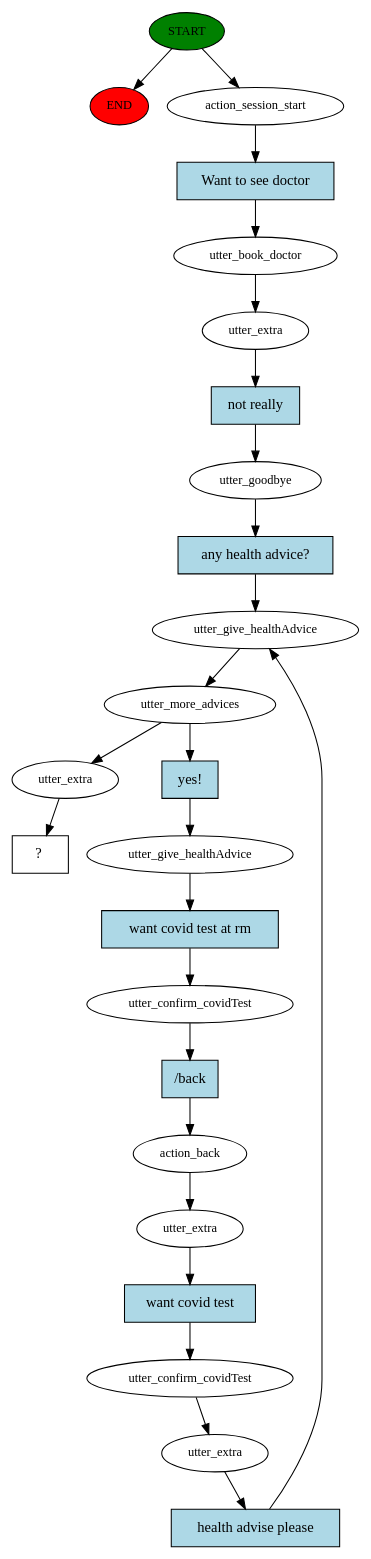
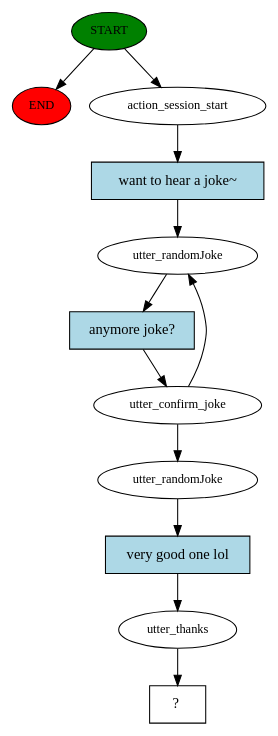
One commit to JJTam/COMP4461-Project2-Rasa-Chatbot changed the diagram in chatbot/story_graph.dot. Above: the diagram before and after it, drawn with Graphviz. The commit also changed 8 other files, not shown here.

```diff
--- a/chatbot/story_graph.dot
+++ b/chatbot/story_graph.dot
@@ -1,50 +1,24 @@
 digraph  {
 0 [class="start active", fillcolor=green, fontsize=12, label=START, style=filled];
 "-1" [class=end, fillcolor=red, fontsize=12, label=END, style=filled];
 1 [class=active, fontsize=12, label=action_session_start];
-2 [class=active, fontsize=12, label=utter_book_doctor];
-3 [class=active, fontsize=12, label=utter_extra];
-4 [class=active, fontsize=12, label=utter_goodbye];
-5 [class=active, fontsize=12, label=utter_give_healthAdvice];
-6 [class=active, fontsize=12, label=utter_more_advices];
-7 [class=active, fontsize=12, label=utter_give_healthAdvice];
-8 [class=active, fontsize=12, label=utter_confirm_covidTest];
-9 [class=active, fontsize=12, label=action_back];
-10 [class=active, fontsize=12, label=utter_extra];
-11 [class=active, fontsize=12, label=utter_confirm_covidTest];
-12 [class=active, fontsize=12, label=utter_extra];
-15 [class=active, fontsize=12, label=utter_extra];
-16 [class="intent dashed active", label="  ?  ", shape=rect];
-17 [class="intent active", fillcolor=lightblue, label="Want to see doctor", shape=rect, style=filled];
-18 [class="intent active", fillcolor=lightblue, label="not really", shape=rect, style=filled];
-19 [class="intent active", fillcolor=lightblue, label="any health advice?", shape=rect, style=filled];
-20 [class="intent active", fillcolor=lightblue, label="yes!", shape=rect, style=filled];
-21 [class="intent active", fillcolor=lightblue, label="want covid test at rm", shape=rect, style=filled];
-22 [class="intent active", fillcolor=lightblue, label="/back", shape=rect, style=filled];
-23 [class="intent active", fillcolor=lightblue, label="want covid test", shape=rect, style=filled];
-24 [class="intent active", fillcolor=lightblue, label="health advise please", shape=rect, style=filled];
+2 [class=active, fontsize=12, label=utter_randomJoke];
+3 [class=active, fontsize=12, label=utter_confirm_joke];
+6 [class=active, fontsize=12, label=utter_randomJoke];
+7 [class=active, fontsize=12, label=utter_thanks];
+8 [class="intent dashed active", label="  ?  ", shape=rect];
+9 [class="intent active", fillcolor=lightblue, label="want to hear a joke~", shape=rect, style=filled];
+10 [class="intent active", fillcolor=lightblue, label="anymore joke?", shape=rect, style=filled];
+11 [class="intent active", fillcolor=lightblue, label="very good one lol", shape=rect, style=filled];
 0 -> "-1"  [class="", key=NONE, label=""];
 0 -> 1  [class=active, key=NONE, label=""];
-1 -> 17  [class=active, key=0];
-2 -> 3  [class=active, key=NONE, label=""];
-3 -> 18  [class=active, key=0];
-4 -> 19  [class=active, key=0];
-5 -> 6  [class=active, key=NONE, label=""];
-6 -> 15  [class=active, key=NONE, label=""];
-6 -> 20  [class=active, key=0];
-7 -> 21  [class=active, key=0];
-8 -> 22  [class=active, key=0];
-9 -> 10  [class=active, key=NONE, label=""];
-10 -> 23  [class=active, key=0];
-11 -> 12  [class=active, key=NONE, label=""];
-12 -> 24  [class=active, key=0];
-15 -> 16  [class=active, key=NONE, label=""];
-17 -> 2  [class=active, key=0];
-18 -> 4  [class=active, key=0];
-19 -> 5  [class=active, key=0];
-20 -> 7  [class=active, key=0];
-21 -> 8  [class=active, key=0];
-22 -> 9  [class=active, key=0];
-23 -> 11  [class=active, key=0];
-24 -> 5  [class=active, key=0];
+1 -> 9  [class=active, key=0];
+2 -> 10  [class=active, key=0];
+3 -> 2  [class=active, key=NONE, label=""];
+3 -> 6  [class=active, key=NONE, label=""];
+6 -> 11  [class=active, key=0];
+7 -> 8  [class=active, key=NONE, label=""];
+9 -> 2  [class=active, key=0];
+10 -> 3  [class=active, key=0];
+11 -> 7  [class=active, key=0];
 }
```
